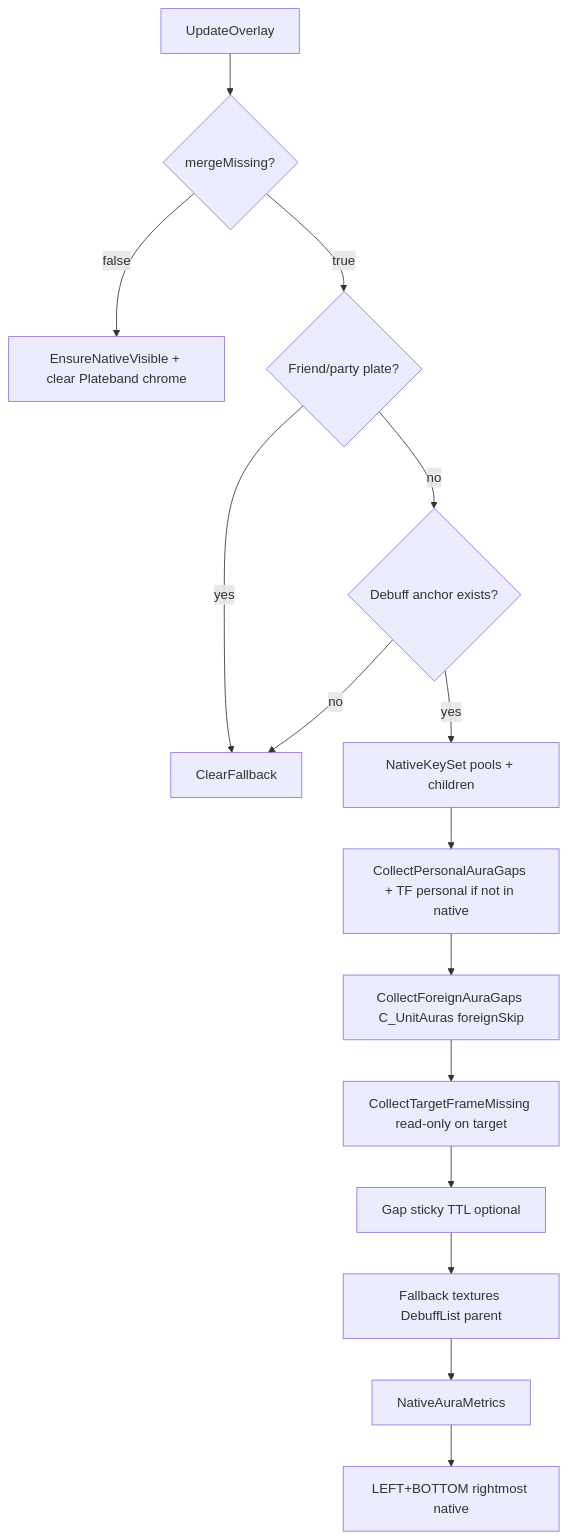
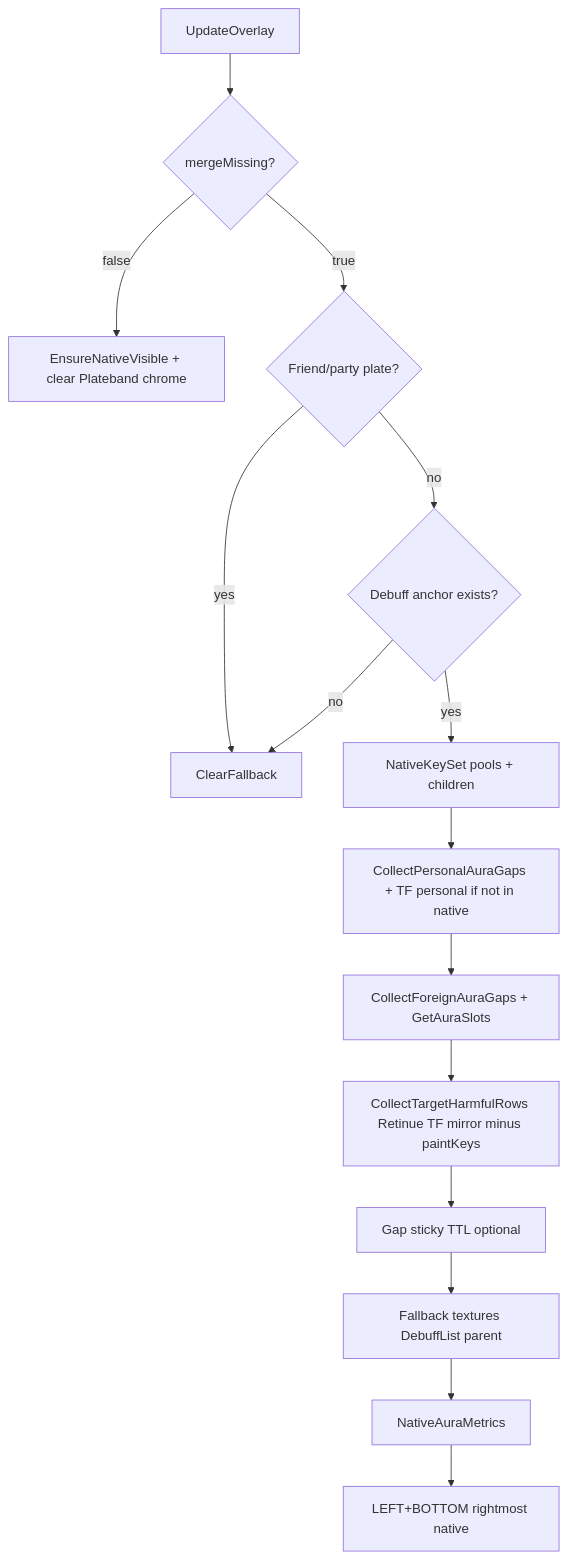
The diagram in addons/Plateband/Docs/merge-design.md (sirTurbisCZ/wow-forever-addons), drawn with Mermaid before and after one commit. The commit also changed other lines of this file and 5 other files, not shown here.

First line of the commit message:
Plateband 0.2.7: Retinue TF harvest for party foreign DoTs

````diff
--- a/addons/Plateband/Docs/merge-design.md
+++ b/addons/Plateband/Docs/merge-design.md
@@ -22,17 +22,17 @@
 ```mermaid
 flowchart TD
   tick[UpdateOverlay] --> gate{mergeMissing?}
   gate -->|false| nativeOnly[EnsureNativeVisible + clear Plateband chrome]
   gate -->|true| enemy{Friend/party plate?}
   enemy -->|yes| skip[ClearFallback]
   enemy -->|no| row{Debuff anchor exists?}
   row -->|no| skip
   row -->|yes| native[NativeKeySet pools + children]
   native --> per[CollectPersonalAuraGaps + TF personal if not in native]
-  per --> api[CollectForeignAuraGaps C_UnitAuras foreignSkip]
-  api --> tf[CollectTargetFrameMissing read-only on target]
+  per --> api[CollectForeignAuraGaps + GetAuraSlots]
+  api --> tf[CollectTargetHarmfulRows Retinue TF mirror minus paintKeys]
   tf --> sticky[Gap sticky TTL optional]
   sticky --> paint[Fallback textures DebuffList parent]
   paint --> metrics[NativeAuraMetrics]
   metrics --> layout[LEFT+BOTTOM rightmost native]
 ```
````
